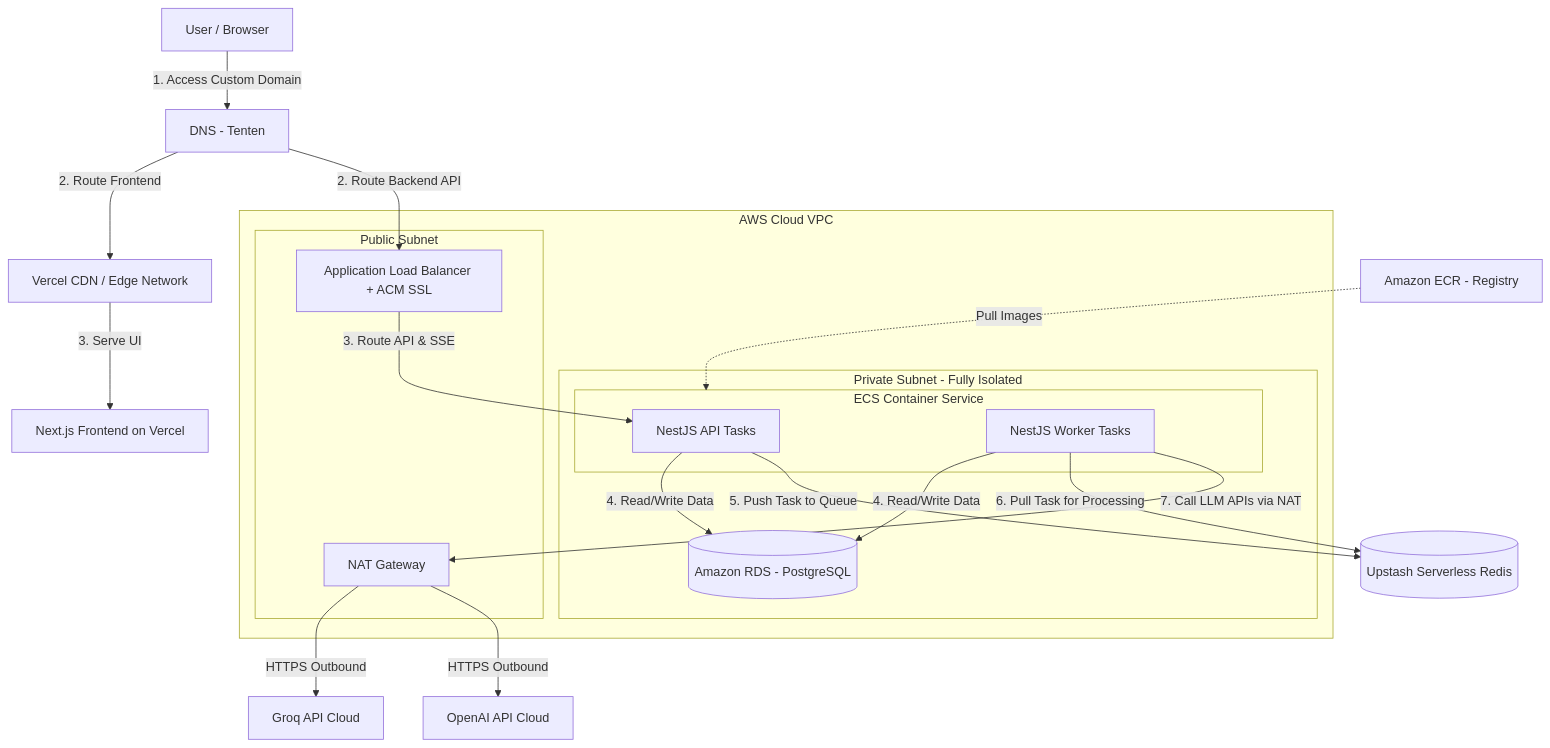
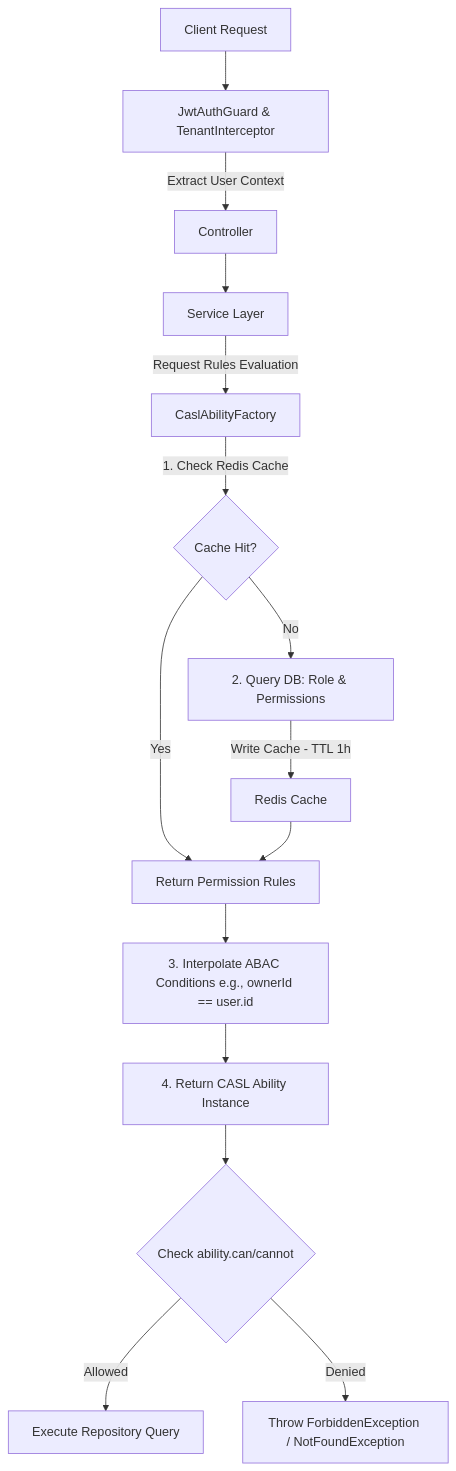
The second of 4 diagrams in README.md (MinhThuan1807/crm-saas), drawn with Mermaid before and after one commit. The commit also changed other lines of this file, not shown here.

````diff
--- a/README.md
+++ b/README.md
@@ -93,44 +149,17 @@
 ```mermaid
 graph TD
-    User[User / Browser] -->|1. Access Custom Domain| DNS[DNS - Tenten]
-    
-    %% Frontend routing
-    DNS -->|2. Route Frontend| Vercel[Vercel CDN / Edge Network]
-    Vercel -->|3. Serve UI| FE_App[Next.js Frontend on Vercel]
-    
-    %% Backend routing
-    DNS -->|2. Route Backend API| ALB[Application Load Balancer + ACM SSL]
-    
-    subgraph AWS_Cloud [AWS Cloud VPC]
-        subgraph Public_Subnet [Public Subnet]
-            ALB
-            NAT[NAT Gateway]
-        end
-
-        subgraph Private_Subnet [Private Subnet - Fully Isolated]
-            subgraph ECS_Cluster [ECS Container Service]
-                BE_Tasks[NestJS API Tasks]
-                Worker_Tasks[NestJS Worker Tasks]
-            end
-
-            RDS[(Amazon RDS - PostgreSQL)]
-        end
-    end
-
-    %% Relationship with Docker images
-    ECR[Amazon ECR - Registry] -.->|Pull Images| ECS_Cluster
-
-    %% API and worker flow
-    ALB -->|3. Route API & SSE| BE_Tasks
-    BE_Tasks -->|4. Read/Write Data| RDS
-    Worker_Tasks -->|4. Read/Write Data| RDS
-
-    %% Upstash serverless Redis connection
-    BE_Tasks -->|5. Push Task to Queue| Upstash[(Upstash Serverless Redis)]
-    Worker_Tasks -->|6. Pull Task for Processing| Upstash
-
-    %% External API connections
-    Worker_Tasks -->|7. Call LLM APIs via NAT| NAT
-    NAT -->|HTTPS Outbound| Groq[Groq API Cloud]
-    NAT -->|HTTPS Outbound| OpenAI[OpenAI API Cloud]
+    A[Client Request] --> B[JwtAuthGuard & TenantInterceptor]
+    B -->|Extract User Context| C[Controller]
+    C --> D[Service Layer]
+    D -->|Request Rules Evaluation| E[CaslAbilityFactory]
+    E -->|1. Check Redis Cache| F{Cache Hit?}
+    F -->|Yes| G[Return Permission Rules]
+    F -->|No| H[2. Query DB: Role & Permissions]
+    H -->|Write Cache - TTL 1h| I[Redis Cache]
+    I --> G
+    G --> J[3. Interpolate ABAC Conditions e.g., ownerId == user.id]
+    J --> K[4. Return CASL Ability Instance]
+    K --> L{Check ability.can/cannot}
+    L -->|Allowed| M[Execute Repository Query]
+    L -->|Denied| N[Throw ForbiddenException / NotFoundException]
 ```
````
